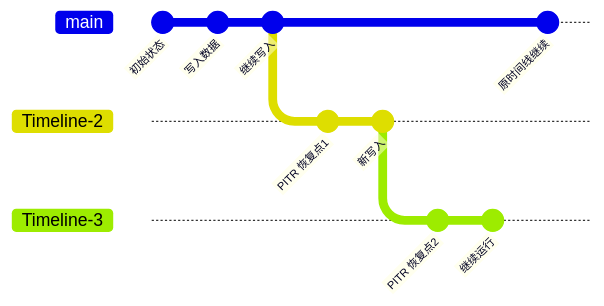
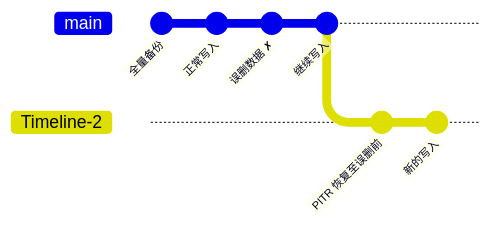
Before and after one commit to pgsty/pigsty.cc: the diagram in content/docs/concept/pitr/mechanism.md, drawn with Mermaid. The commit also changed other lines of this file and 12 other files, not shown here.

````diff
--- a/content/docs/concept/pitr/mechanism.md
+++ b/content/docs/concept/pitr/mechanism.md
@@ -148,16 +112,11 @@
 ```mermaid
 gitGraph
-    commit id: "初始状态"
-    commit id: "写入数据"
+    commit id: "全量备份"
+    commit id: "正常写入"
+    commit id: "误删数据 ✗"
     commit id: "继续写入"
     branch Timeline-2
     checkout Timeline-2
-    commit id: "PITR 恢复点1"
-    commit id: "新写入"
-    branch Timeline-3
-    checkout Timeline-3
-    commit id: "PITR 恢复点2"
-    commit id: "继续运行"
-    checkout main
-    commit id: "原时间线继续"
+    commit id: "PITR 恢复至误删前"
+    commit id: "新的写入"
 ```
````
